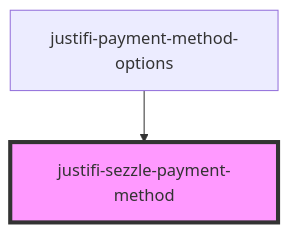
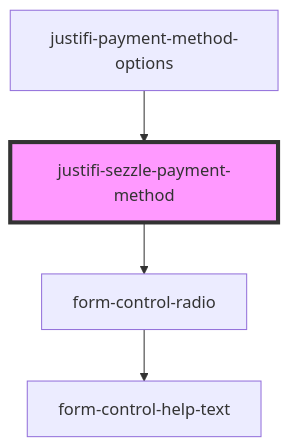
One commit to justifi-tech/web-component-library changed the diagram in packages/webcomponents/src/components/checkout/readme.md. Above: the diagram before and after it, drawn with Mermaid. The commit also changed other lines of this file and 56 other files, not shown here.

````diff
--- a/packages/webcomponents/src/components/checkout/readme.md
+++ b/packages/webcomponents/src/components/checkout/readme.md
@@ -95,5 +98,7 @@
 ```mermaid
 graph TD;
+  justifi-sezzle-payment-method --> form-control-radio
+  form-control-radio --> form-control-help-text
   justifi-payment-method-options --> justifi-sezzle-payment-method
   style justifi-sezzle-payment-method fill:#f9f,stroke:#333,stroke-width:4px
 ```
````
